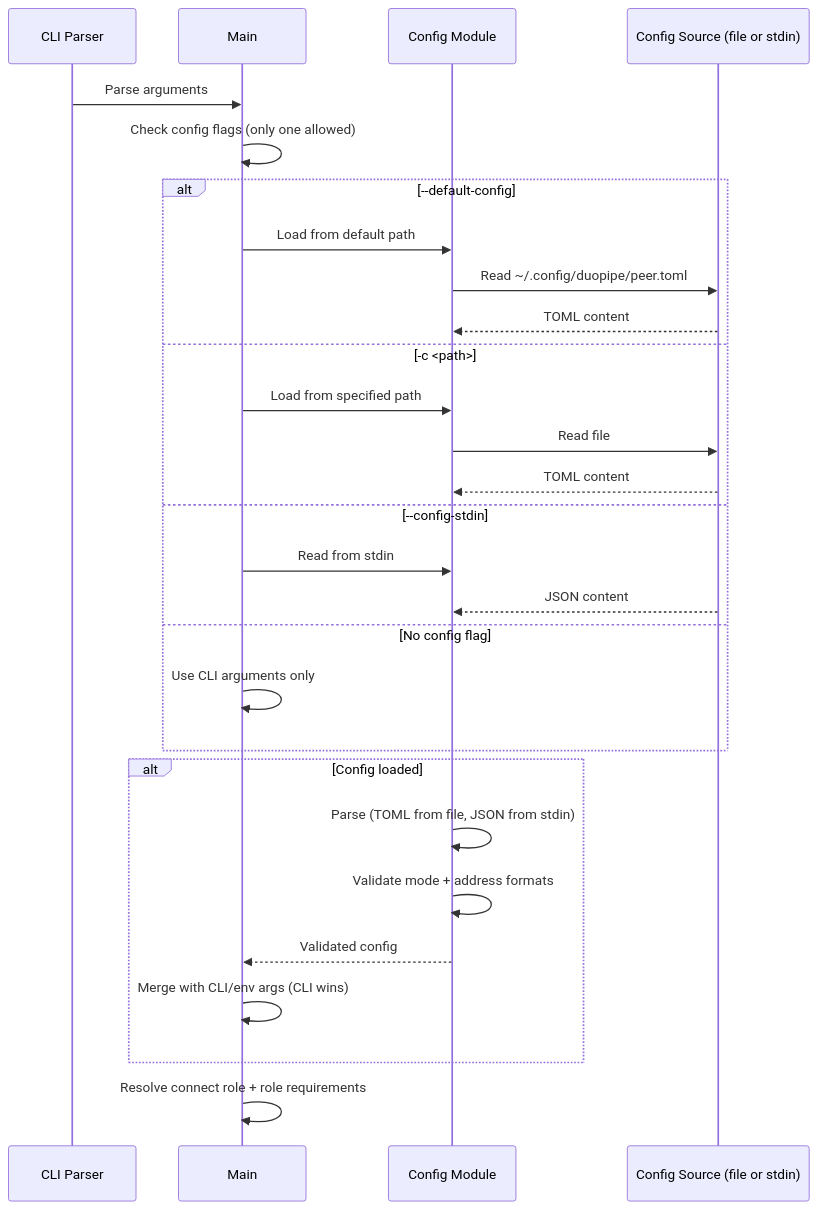
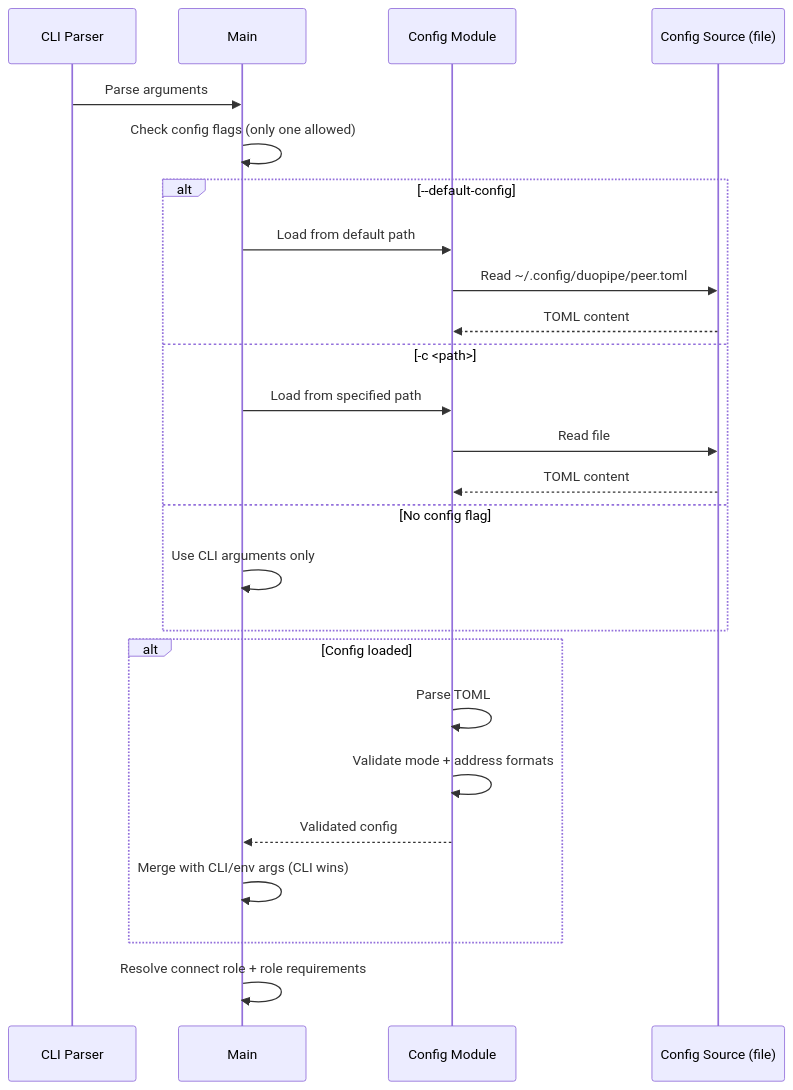
Diagram 14 of 25 in docs/ARCHITECTURE.md (andrewtheguy/duopipe), drawn with Mermaid before and after one commit. The commit also changed other lines of this file and 21 other files, not shown here.

````diff
--- a/docs/ARCHITECTURE.md
+++ b/docs/ARCHITECTURE.md
@@ -560,34 +560,31 @@
 ```mermaid
 sequenceDiagram
     participant CLI as CLI Parser
     participant Main as Main
     participant Config as Config Module
-    participant Source as Config Source (file or stdin)
+    participant Source as Config Source (file)
 
     CLI->>Main: Parse arguments
     Main->>Main: Check config flags (only one allowed)
 
     alt --default-config
         Main->>Config: Load from default path
         Config->>Source: Read ~/.config/duopipe/peer.toml
         Source-->>Config: TOML content
     else -c <path>
         Main->>Config: Load from specified path
         Config->>Source: Read file
         Source-->>Config: TOML content
-    else --config-stdin
-        Main->>Config: Read from stdin
-        Source-->>Config: JSON content
     else No config flag
         Main->>Main: Use CLI arguments only
     end
 
     alt Config loaded
-        Config->>Config: Parse (TOML from file, JSON from stdin)
+        Config->>Config: Parse TOML
         Config->>Config: Validate mode + address formats
         Config-->>Main: Validated config
         Main->>Main: Merge with CLI/env args (CLI wins)
     end
 
     Main->>Main: Resolve connect role + role requirements
 ```
````
